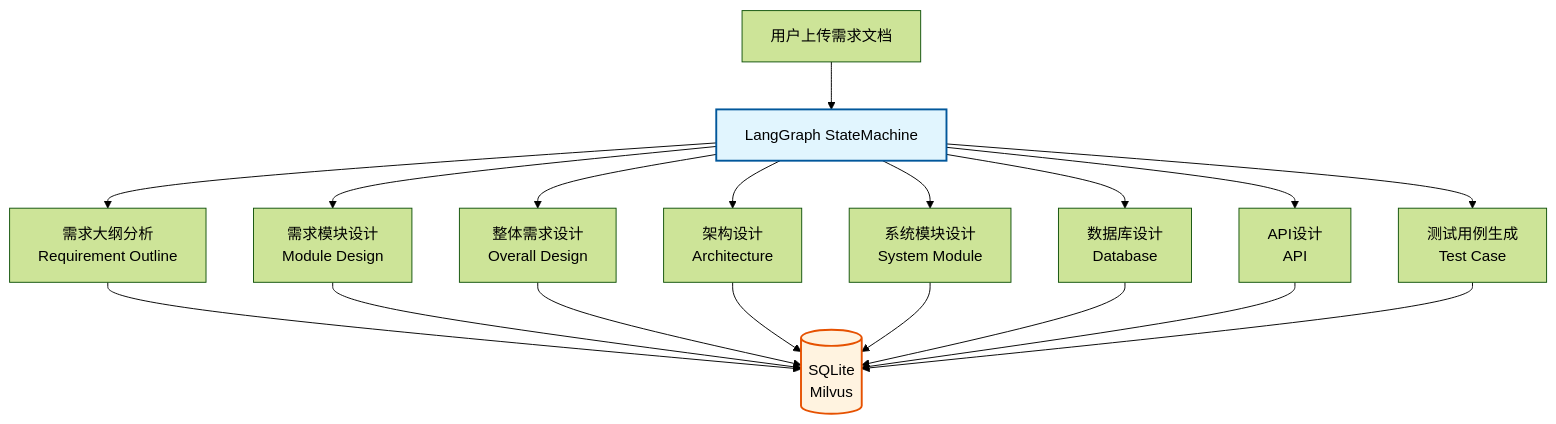
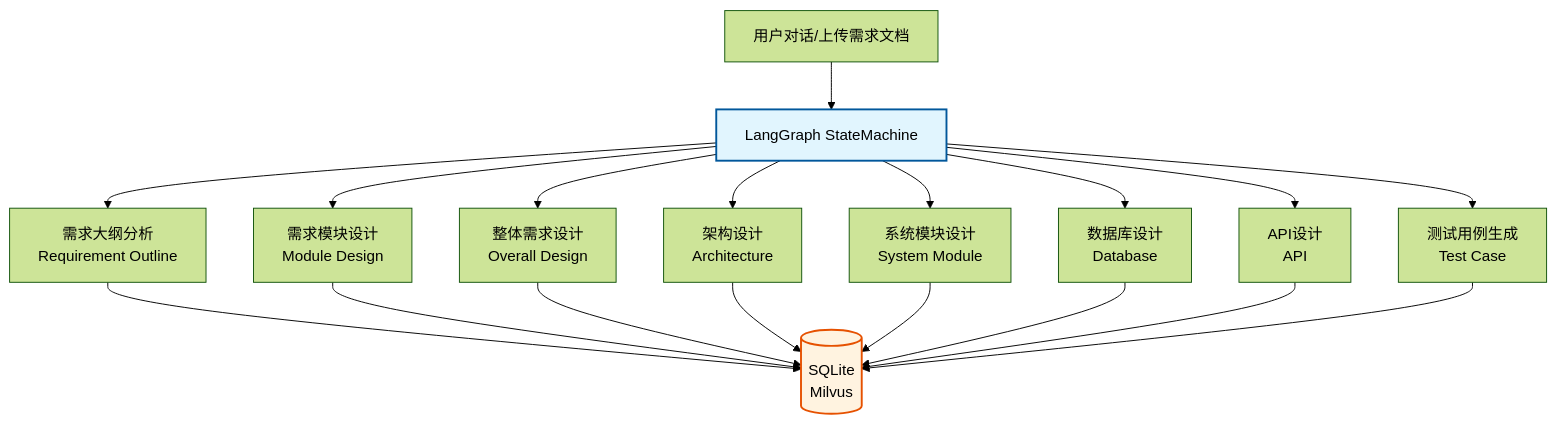
The diagram in README.md (moderncrazy/ai-case-generator-demo), drawn with Mermaid (forest theme) before and after one commit. The commit also changed other lines of this file, not shown here.

````diff
--- a/README.md
+++ b/README.md
@@ -41,25 +38,25 @@
 ```mermaid
 flowchart TB
-    A[用户上传需求文档] --> B[LangGraph StateMachine]
+    A[用户对话/上传需求文档] --> B[LangGraph StateMachine]
     
     B --> C[需求大纲分析<br/>Requirement Outline]
     B --> D[需求模块设计<br/>Module Design]
     B --> E[整体需求设计<br/>Overall Design]
     B --> F[架构设计<br/>Architecture]
     B --> G[系统模块设计<br/>System Module]
     B --> H[数据库设计<br/>Database]
     B --> I[API设计<br/>API]
     B --> J[测试用例生成<br/>Test Case]
     
     C --> K[(SQLite<br/>Milvus)]
     D --> K
     E --> K
     F --> K
     G --> K
     H --> K
     I --> K
     J --> K
     
     style B fill:#e1f5fe,stroke:#01579b,stroke-width:2px
     style K fill:#fff3e0,stroke:#e65100,stroke-width:2px
 ```
````
